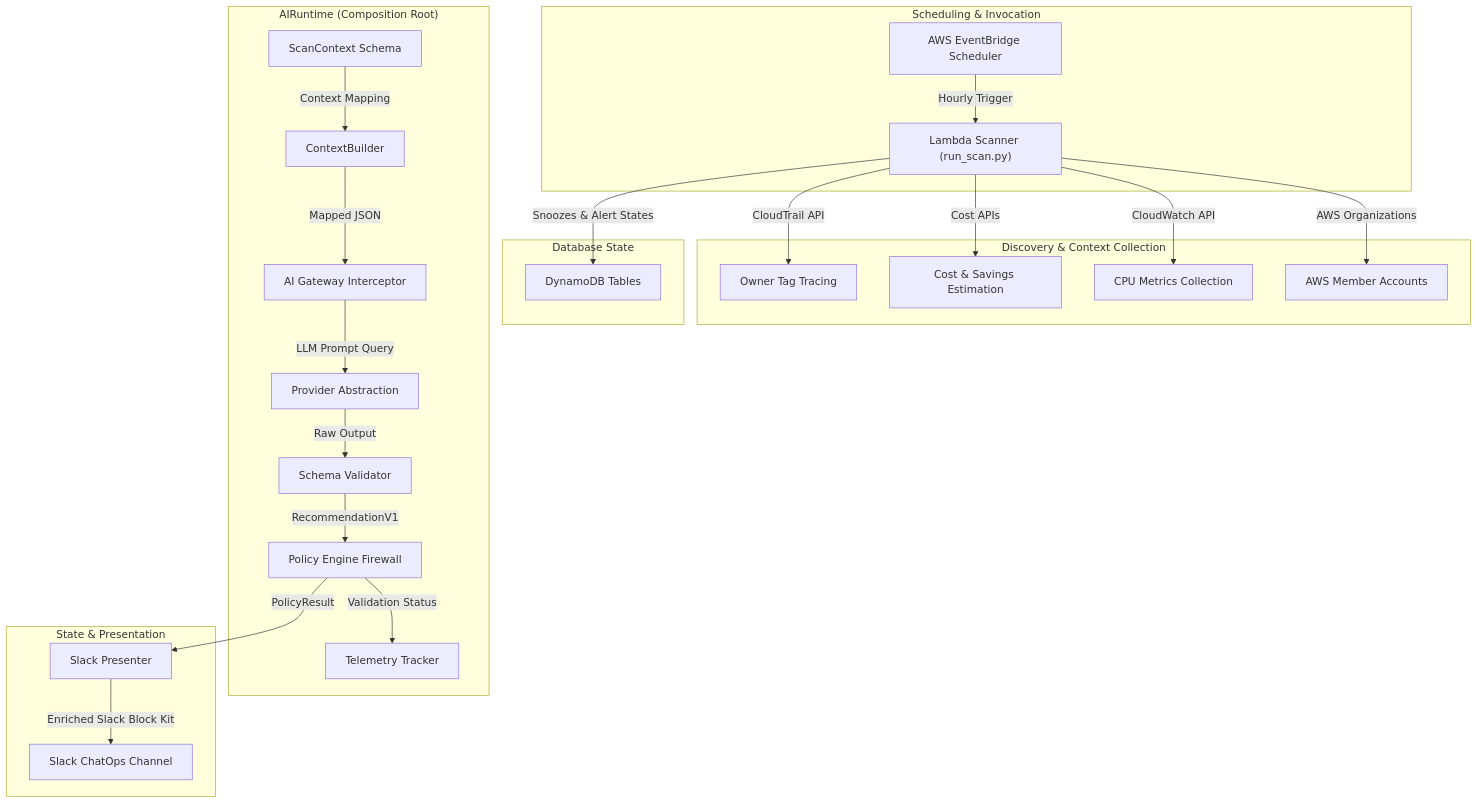
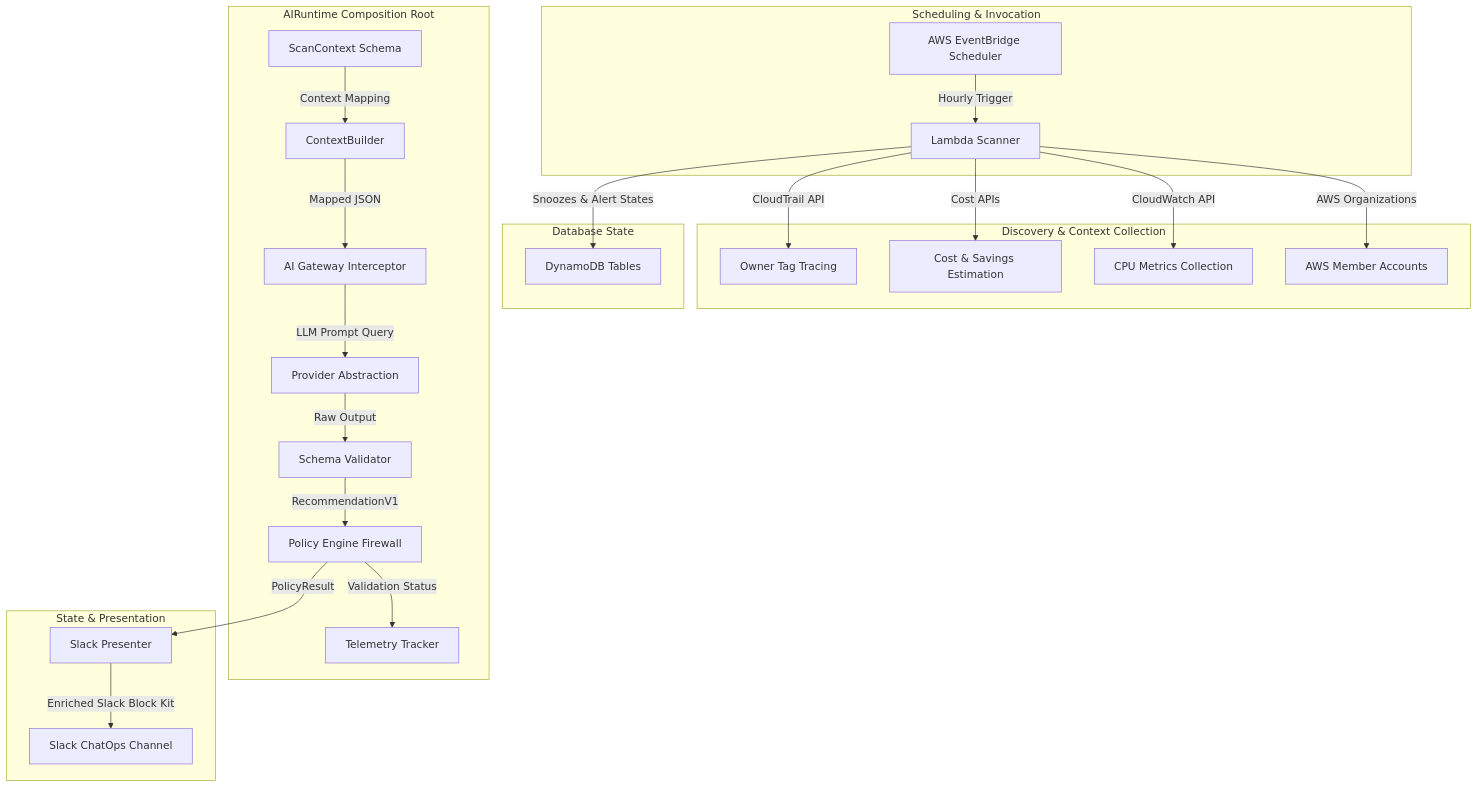
Before and after one commit to VaishnavSreekumar/sentinelfinops: the first of 11 diagrams in ARCHITECTURE.md, drawn with Mermaid. The commit also changed other lines of this file, not shown here.

Commit message:
docs: resolve Mermaid edge label parenthesis parsing issues in ARCHITECTURE.md

````diff
--- a/ARCHITECTURE.md
+++ b/ARCHITECTURE.md
@@ -11,31 +11,31 @@
 ```mermaid
 flowchart TD
     subgraph Scheduling["Scheduling & Invocation"]
-        Scheduler["AWS EventBridge Scheduler"] -->|Hourly Trigger| Lambda["Lambda Scanner (run_scan.py)"]
+        Scheduler["AWS EventBridge Scheduler"] -->|Hourly Trigger| Lambda["Lambda Scanner"]
     end
 
     subgraph Discovery["Discovery & Context Collection"]
         Lambda -->|AWS Organizations| MemberAcc["AWS Member Accounts"]
         Lambda -->|CloudWatch API| CW["CPU Metrics Collection"]
         Lambda -->|Cost APIs| Cost["Cost & Savings Estimation"]
         Lambda -->|CloudTrail API| CT["Owner Tag Tracing"]
     end
 
-    subgraph Runtime["AIRuntime (Composition Root)"]
+    subgraph Runtime["AIRuntime Composition Root"]
         ScanCtx["ScanContext Schema"] -->|Context Mapping| ContextBuilder["ContextBuilder"]
         ContextBuilder -->|Mapped JSON| AIGateway["AI Gateway Interceptor"]
         AIGateway -->|LLM Prompt Query| Provider["Provider Abstraction"]
         Provider -->|Raw Output| SchemaValidator["Schema Validator"]
         SchemaValidator -->|RecommendationV1| PolicyEngine["Policy Engine Firewall"]
         PolicyEngine -->|Validation Status| TelemetryTracker["Telemetry Tracker"]
     end
 
     subgraph Presenter["State & Presentation"]
         PolicyEngine -->|PolicyResult| Slack["Slack Presenter"]
         Slack -->|Enriched Slack Block Kit| UserChannel["Slack ChatOps Channel"]
     end
 
     subgraph DB["Database State"]
         Lambda -->|Snoozes & Alert States| DDB["DynamoDB Tables"]
     end
 ```
````
